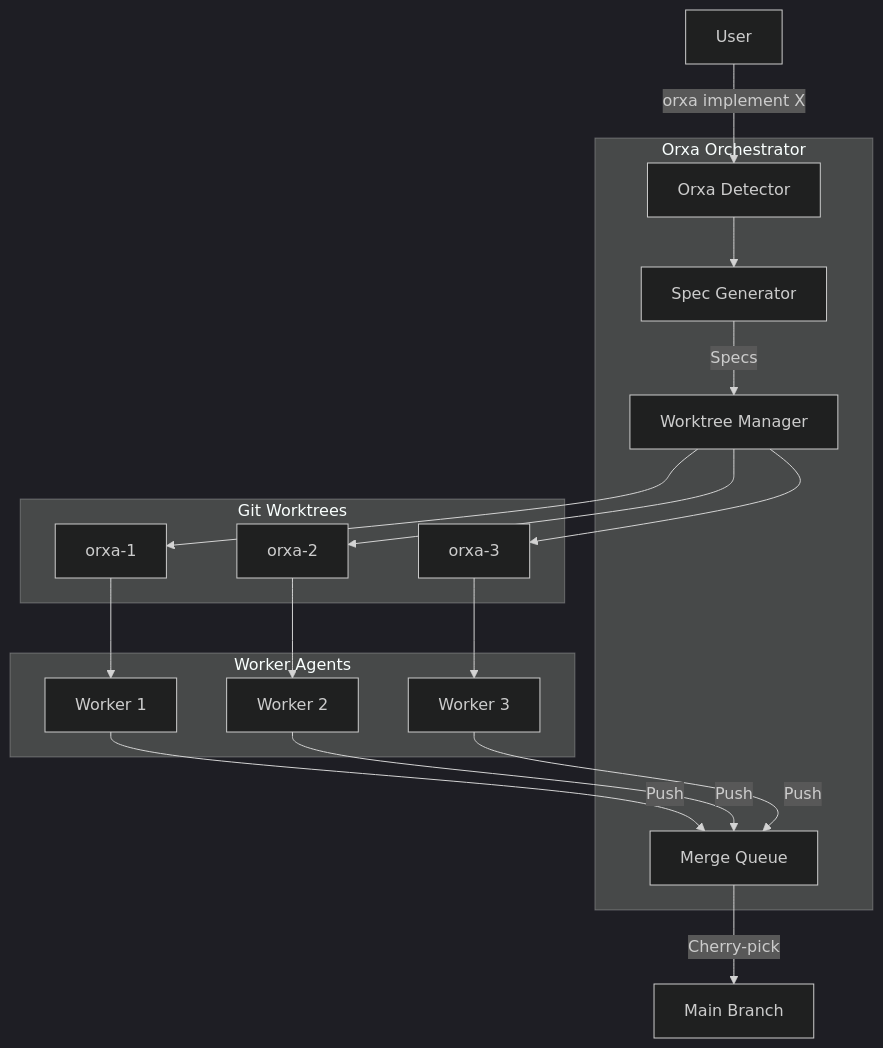
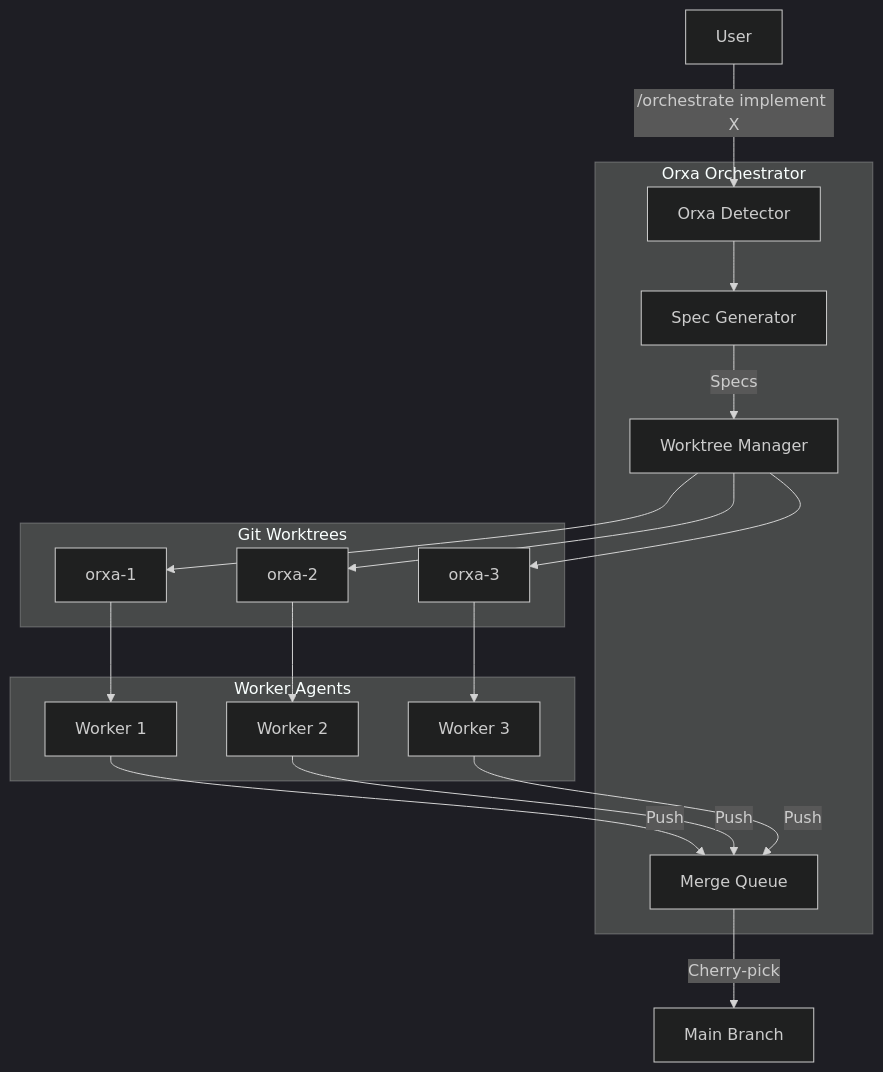
One commit to Reliability-Works/opencode-orxa changed the ninth of 14 diagrams in docs/ARCHITECTURE.md. Above: the diagram before and after it, drawn with Mermaid (dark theme). The commit also changed other lines of this file and 33 other files, not shown here.

````diff
--- a/docs/ARCHITECTURE.md
+++ b/docs/ARCHITECTURE.md
@@ -550,35 +550,35 @@
 ```mermaid
 graph TB
     subgraph "Orxa Orchestrator"
         OD[Orxa Detector]
         SG[Spec Generator]
         WM[Worktree Manager]
         MQ[Merge Queue]
     end
     
     subgraph "Git Worktrees"
         WT1[orxa-1]
         WT2[orxa-2]
         WT3[orxa-3]
     end
     
     subgraph "Worker Agents"
         WA1[Worker 1]
         WA2[Worker 2]
         WA3[Worker 3]
     end
     
-    User -->|"orxa implement X"| OD
+    User -->|"/orchestrate implement X"| OD
     OD --> SG
     SG -->|Specs| WM
     WM --> WT1
     WM --> WT2
     WM --> WT3
     WT1 --> WA1
     WT2 --> WA2
     WT3 --> WA3
     WA1 -->|Push| MQ
     WA2 -->|Push| MQ
     WA3 -->|Push| MQ
     MQ -->|Cherry-pick| Main[Main Branch]
 ```
````
